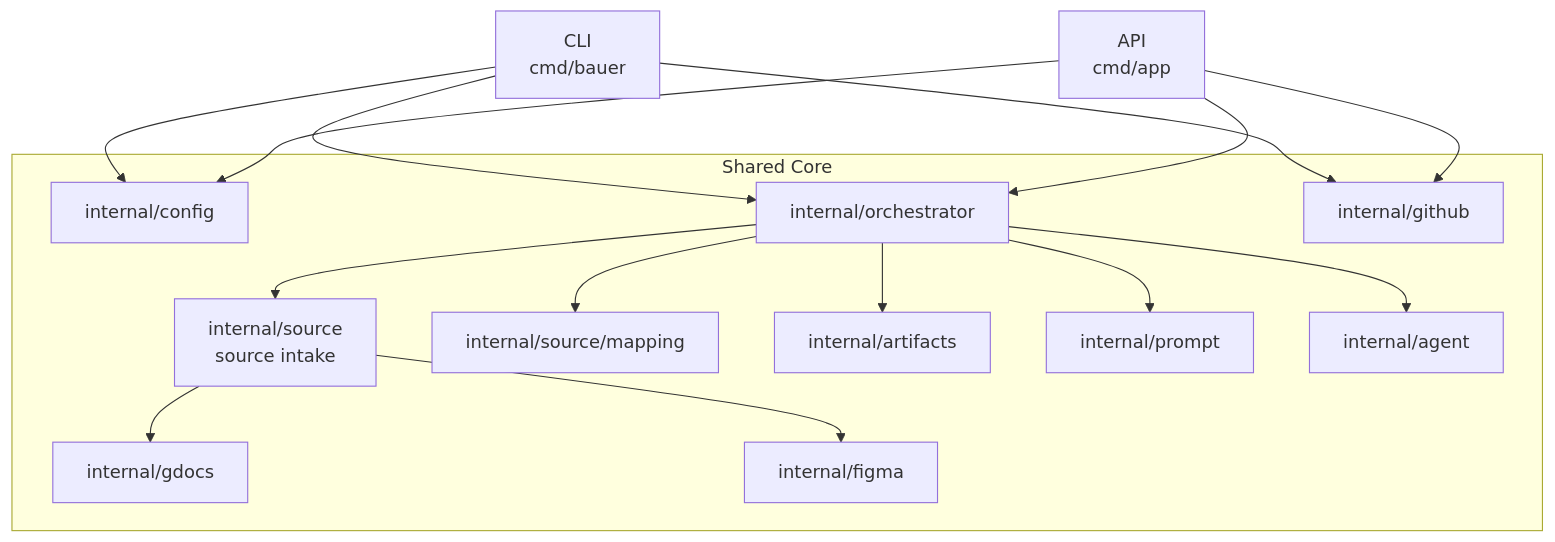
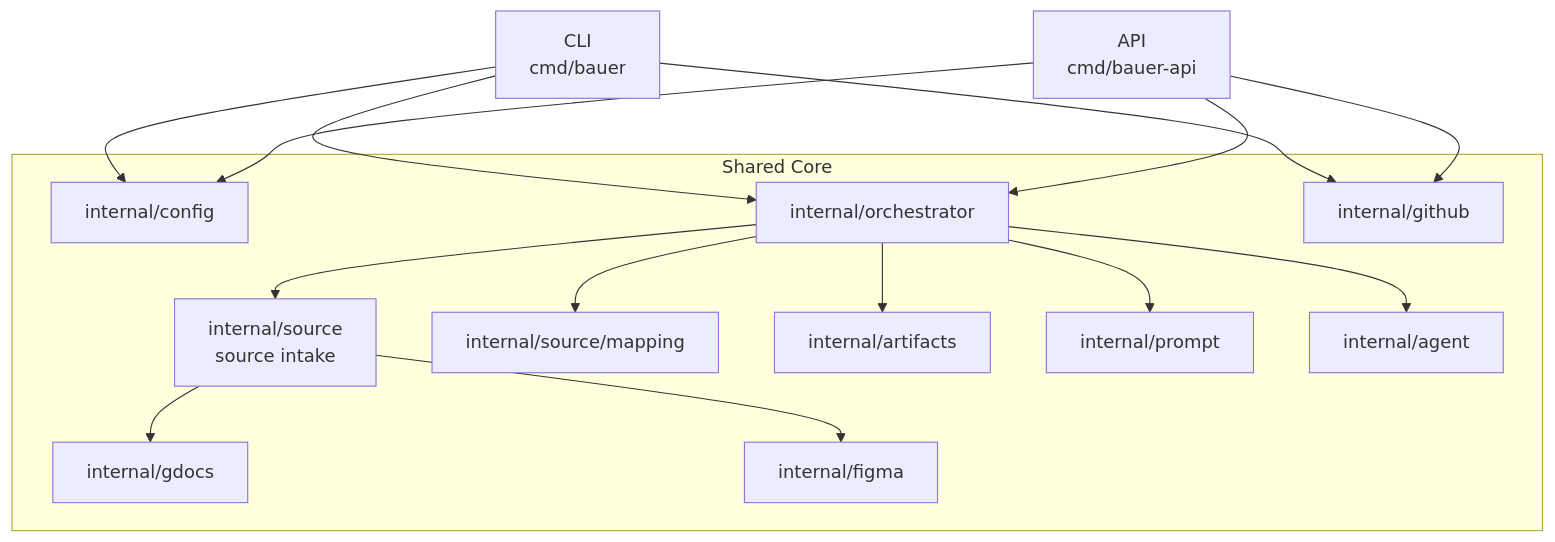
One commit to canonical/Bauer changed the first of 4 diagrams in docs/ARCHITECTURE_v2_1.md. Above: the diagram before and after it, drawn with Mermaid. The commit also changed 11 other files, not shown here.

Commit message:
refactor: rename to bauer-api

````diff
--- a/docs/ARCHITECTURE_v2_1.md
+++ b/docs/ARCHITECTURE_v2_1.md
@@ -221,34 +221,34 @@
 ```mermaid
 graph TD
     CLI["CLI\ncmd/bauer"]
-    API["API\ncmd/app"]
+    API["API\ncmd/bauer-api"]
 
     subgraph Shared Core
         Config["internal/config"]
         Orchestrator["internal/orchestrator"]
         Intake["internal/source\nsource intake"]
         GDocs["internal/gdocs"]
         Figma["internal/figma"]
         Mapping["internal/source/mapping"]
         Artifacts["internal/artifacts"]
         Prompt["internal/prompt"]
         Agent["internal/agent"]
         GitHub["internal/github"]
     end
 
     CLI --> Config
     API --> Config
     CLI --> Orchestrator
     API --> Orchestrator
 
     Orchestrator --> Intake
     Intake --> GDocs
     Intake --> Figma
 
     Orchestrator --> Mapping
     Orchestrator --> Artifacts
     Orchestrator --> Prompt
     Orchestrator --> Agent
     CLI --> GitHub
     API --> GitHub
 ```
````
